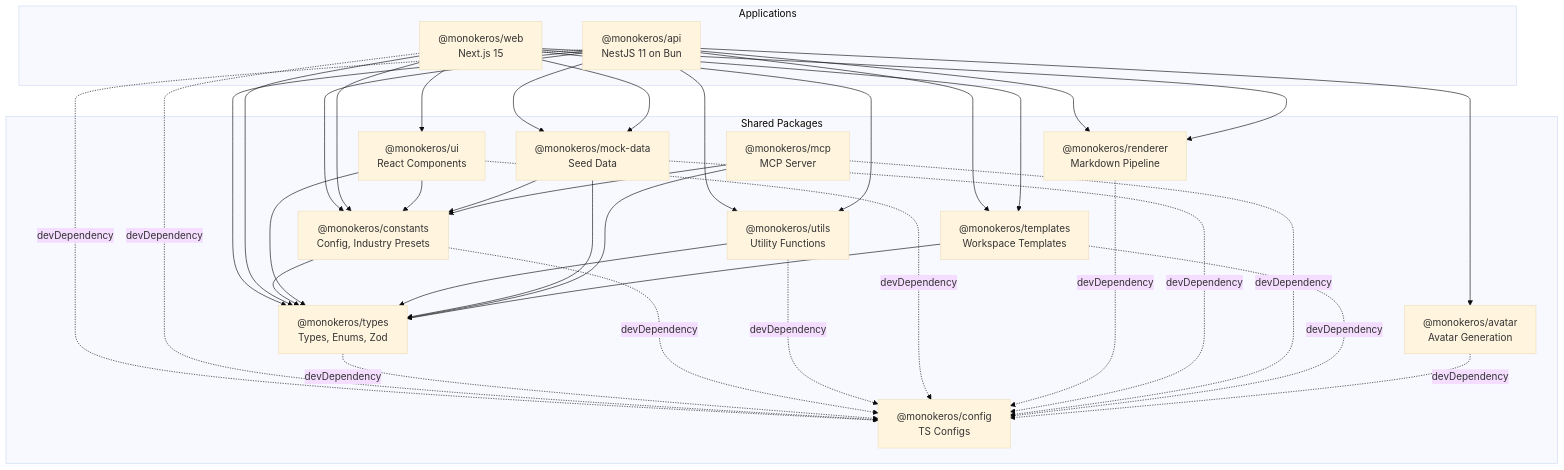
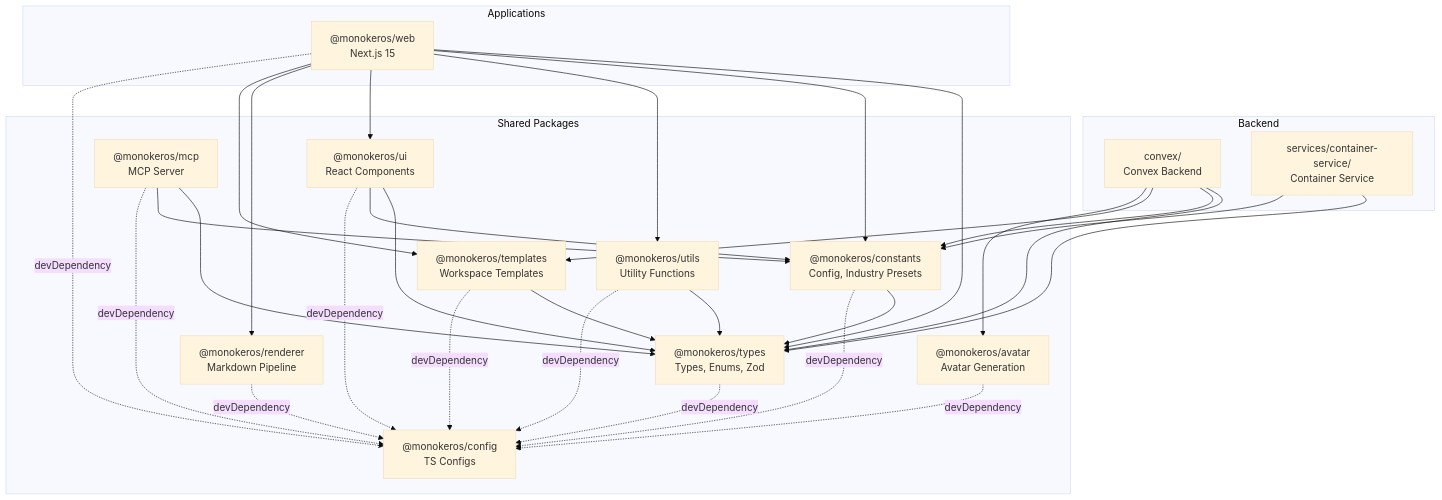
One commit to pde-rent/monokeros changed the first of 2 diagrams in docs/architecture/monorepo.md. Above: the diagram before and after it, drawn with Mermaid (base theme). The commit also changed other lines of this file and 50 other files, not shown here.

````diff
--- a/docs/architecture/monorepo.md
+++ b/docs/architecture/monorepo.md
@@ -35,33 +40,36 @@
 ```mermaid
 graph TB
     subgraph Apps["Applications"]
-        API["@monokeros/api<br/>NestJS 11 on Bun"]
         WEB["@monokeros/web<br/>Next.js 15"]
+    end
+
+    subgraph Backend["Backend"]
+        CONVEX["convex/<br/>Convex Backend"]
+        CS["services/container-service/<br/>Container Service"]
     end
 
     subgraph Packages["Shared Packages"]
         TYPES["@monokeros/types<br/>Types, Enums, Zod"]
         CONST["@monokeros/constants<br/>Config, Industry Presets"]
         UTILS["@monokeros/utils<br/>Utility Functions"]
         UI["@monokeros/ui<br/>React Components"]
         RENDER["@monokeros/renderer<br/>Markdown Pipeline"]
-        MOCK["@monokeros/mock-data<br/>Seed Data"]
         MCP["@monokeros/mcp<br/>MCP Server"]
         TMPL["@monokeros/templates<br/>Workspace Templates"]
         AVA["@monokeros/avatar<br/>Avatar Generation"]
         CFG["@monokeros/config<br/>TS Configs"]
     end
 
-    API --> TYPES & CONST & UTILS & RENDER & MOCK & TMPL & AVA
-    WEB --> TYPES & CONST & UTILS & UI & RENDER & MOCK & TMPL
+    WEB --> TYPES & CONST & UTILS & UI & RENDER & TMPL
+    CONVEX --> TYPES & CONST & TMPL & AVA
+    CS --> TYPES & CONST
 
     CONST --> TYPES
     UI --> TYPES & CONST
     UTILS --> TYPES
-    MOCK --> TYPES & CONST
     MCP --> TYPES & CONST
     TMPL --> TYPES
 
-    API & WEB & TYPES & CONST & UTILS & UI & RENDER & MOCK & MCP & TMPL & AVA -.->|devDependency| CFG
+    WEB & TYPES & CONST & UTILS & UI & RENDER & MCP & TMPL & AVA -.->|devDependency| CFG
 
 ```
````
